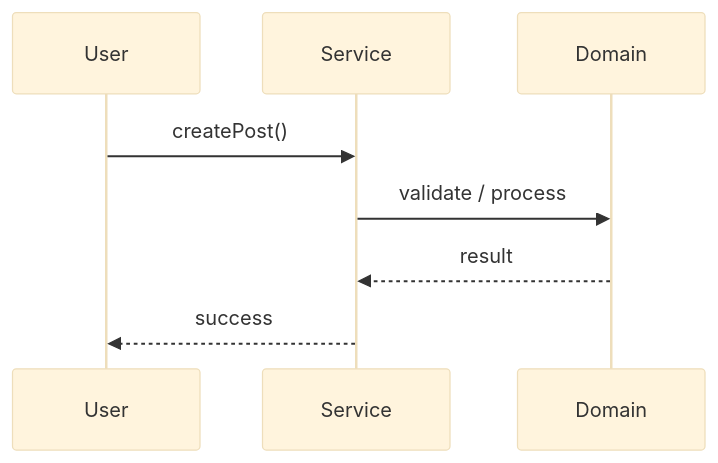
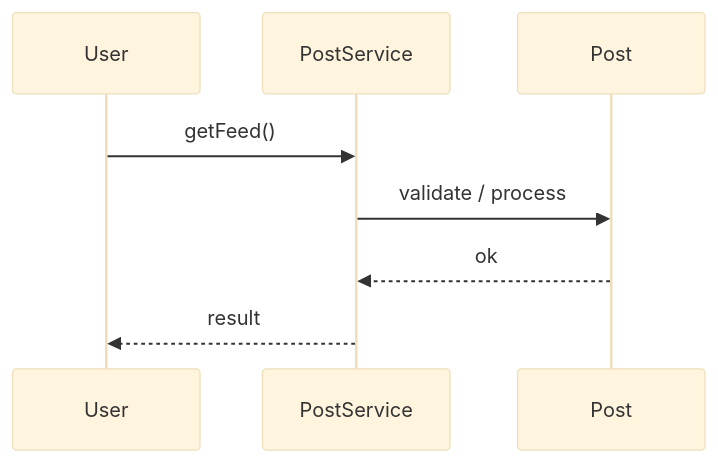
The second of 3 diagrams in Learn/System Design - Low Level Design/02-classic-ood/questions/Q59-linkedin-post.md (madhupaila/Interview-Prep-SSE), drawn with Mermaid (base theme) before and after one commit. The commit also changed other lines of this file and 491 other files, not shown here.

````diff
--- a/Learn/System Design - Low Level Design/02-classic-ood/questions/Q59-linkedin-post.md
+++ b/Learn/System Design - Low Level Design/02-classic-ood/questions/Q59-linkedin-post.md
@@ -122,10 +149,10 @@
 ```mermaid
 sequenceDiagram
-    participant U as User
-    participant S as Service
-    participant D as Domain
-    U->>S: createPost()
-    S->>D: validate / process
-    D-->>S: result
-    S-->>U: success
+participant U as User
+participant S as PostService
+participant D as Post
+U->>S: getFeed()
+S->>D: validate / process
+D-->>S: ok
+S-->>U: result
 ```
````
